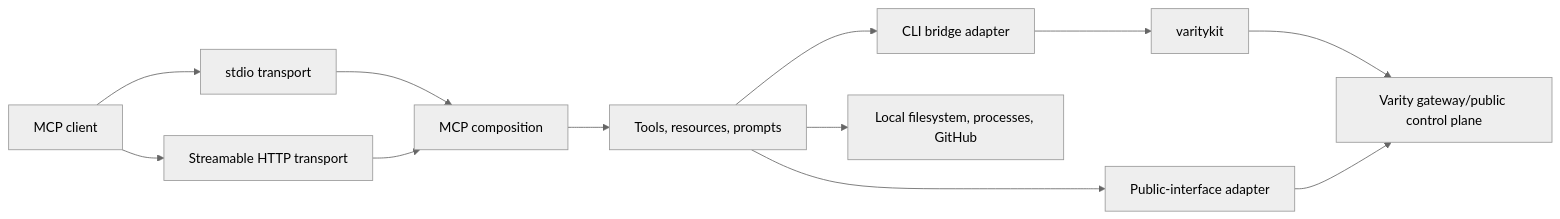
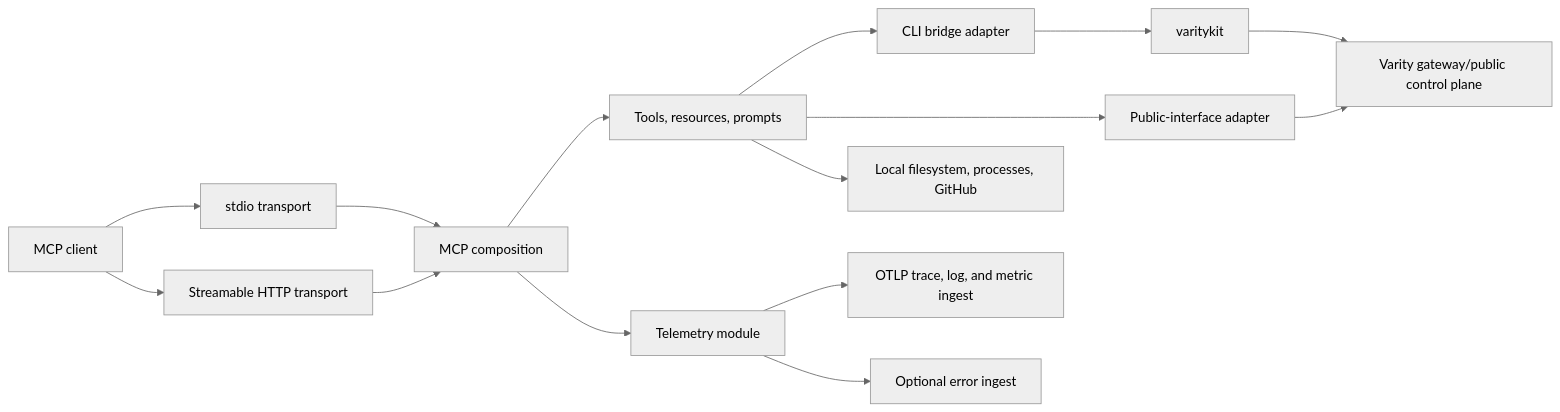
The diagram in ARCHITECTURE.md (varity-labs/varity-mcp), drawn with Mermaid (neutral theme) before and after one commit. The commit also changed other lines of this file and 10 other files, not shown here.

````diff
--- a/ARCHITECTURE.md
+++ b/ARCHITECTURE.md
@@ -37,20 +41,25 @@
 ```mermaid
 flowchart LR
   CLIENT[MCP client]
   STDIO[stdio transport]
   HTTP[Streamable HTTP transport]
   SERVER[MCP composition]
   TOOLS[Tools, resources, prompts]
   CLI[CLI bridge adapter]
   PUBLIC[Public-interface adapter]
   LOCAL[Local filesystem, processes, GitHub]
   VK[varitykit]
   GATEWAY[Varity gateway/public control plane]
+  TELEMETRY[Telemetry module]
+  OTLP[OTLP trace, log, and metric ingest]
+  ERRORS[Optional error ingest]
 
   CLIENT --> STDIO --> SERVER
   CLIENT --> HTTP --> SERVER
   SERVER --> TOOLS
   TOOLS --> CLI --> VK --> GATEWAY
   TOOLS --> PUBLIC --> GATEWAY
   TOOLS --> LOCAL
+  SERVER --> TELEMETRY --> OTLP
+  TELEMETRY --> ERRORS
 ```
````
